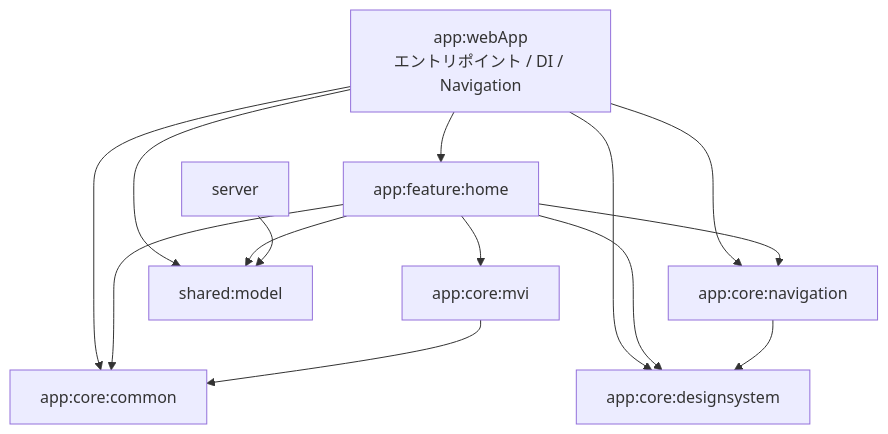
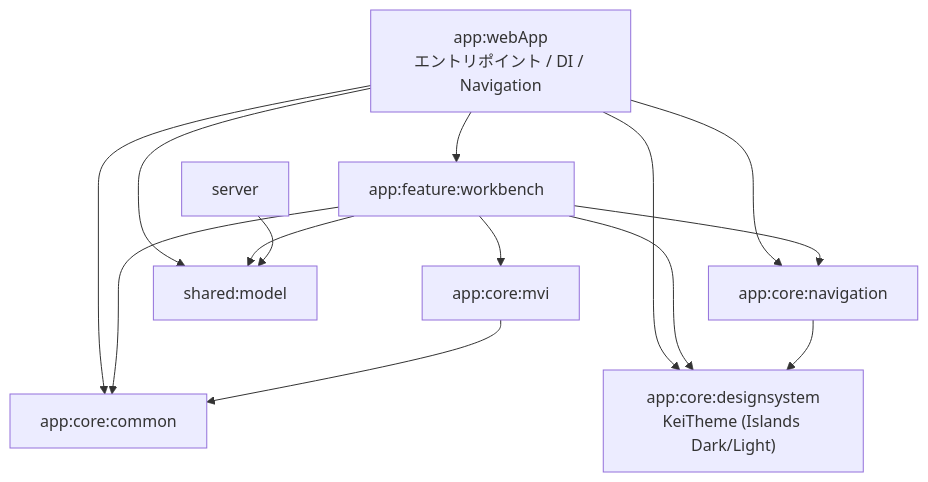
The diagram in docs/ModuleOverview.md (kei-1111/kei-1111-admin), drawn with Mermaid before and after one commit. The commit also changed other lines of this file and 176 other files, not shown here.

First line of the commit message:
feat: build IDE-style workbench UI with KeiTheme (Islands Dark)

````diff
--- a/docs/ModuleOverview.md
+++ b/docs/ModuleOverview.md
@@ -7,25 +7,25 @@
 ```mermaid
 flowchart TB
     webApp["app:webApp<br>エントリポイント / DI / Navigation"]
-    home["app:feature:home"]
+    workbench["app:feature:workbench"]
     common["app:core:common"]
-    designsystem["app:core:designsystem"]
+    designsystem["app:core:designsystem<br>KeiTheme (Islands Dark/Light)"]
     mvi["app:core:mvi"]
     navigation["app:core:navigation"]
     model["shared:model"]
     server["server"]
 
-    webApp --> home
+    webApp --> workbench
     webApp --> common
     webApp --> designsystem
     webApp --> navigation
     webApp --> model
-    home --> common
-    home --> designsystem
-    home --> mvi
-    home --> navigation
-    home --> model
+    workbench --> common
+    workbench --> designsystem
+    workbench --> mvi
+    workbench --> navigation
+    workbench --> model
     mvi --> common
     navigation --> designsystem
     server --> model
 ```
````
